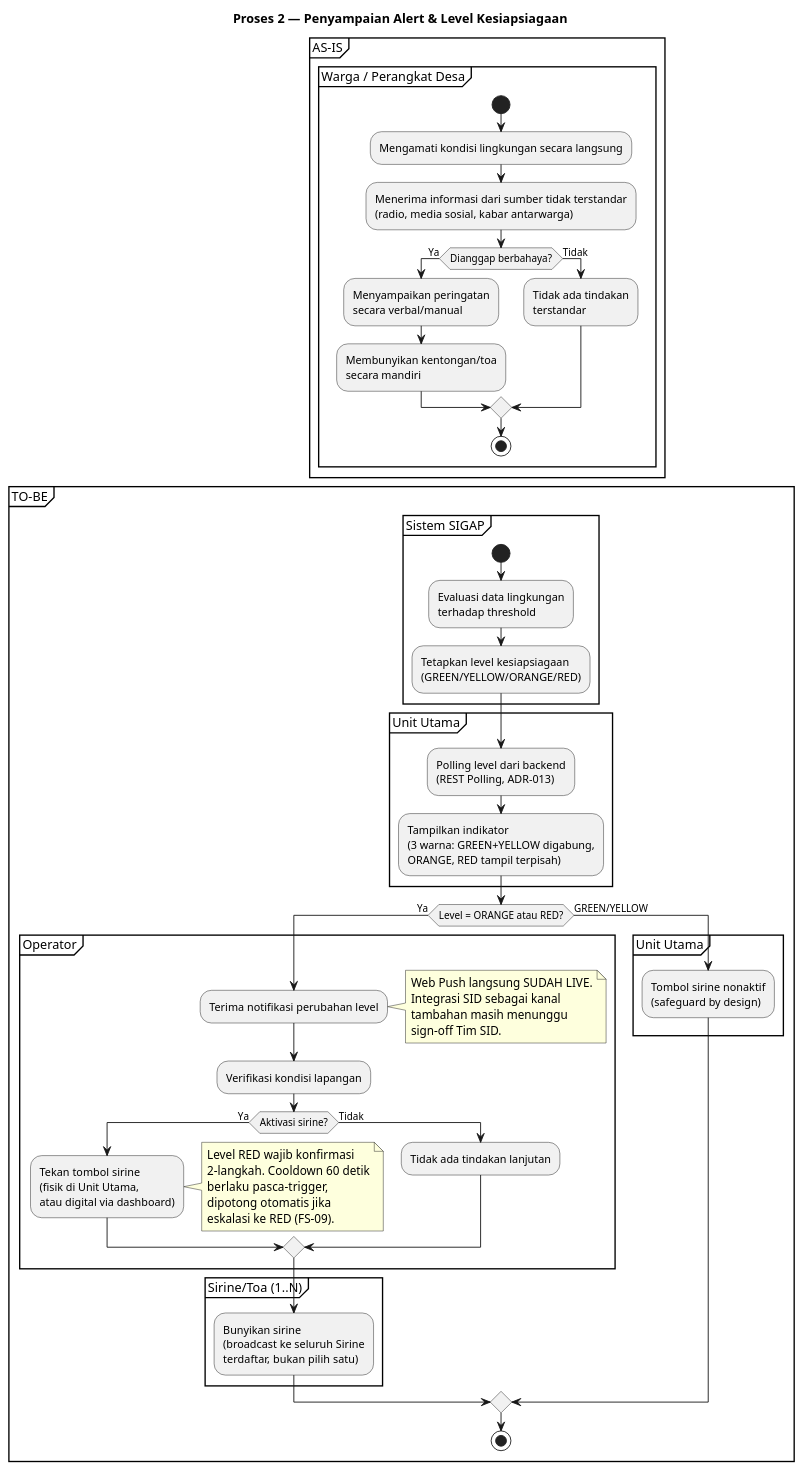
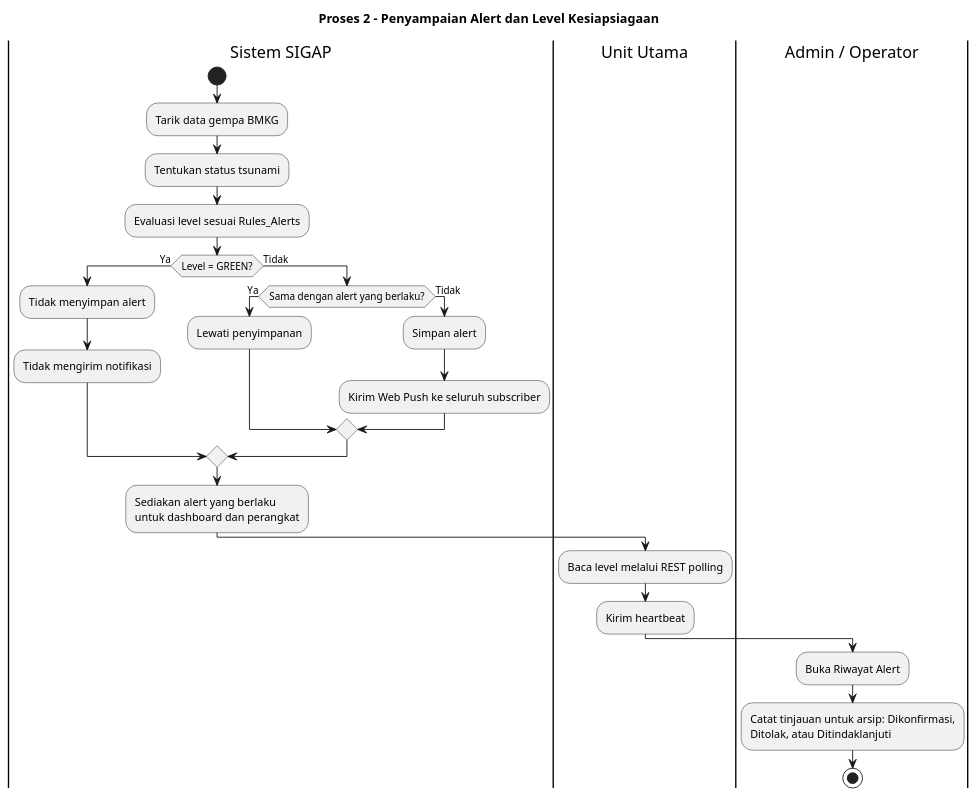
The diagram in docs/business/business_workflow/bw_alert_kesiapsiagaan.puml (Vextronode/sigap_app), drawn with PlantUML before and after one commit. The commit also changed 251 other files, not shown here.

First line of the commit message:
SIGAP v1.1.0 - Integrasi SIDUTama, Peta Offline, dan Penguatan Alert (#129)

```diff
--- a/docs/business/business_workflow/bw_alert_kesiapsiagaan.puml
+++ b/docs/business/business_workflow/bw_alert_kesiapsiagaan.puml
@@ -1,90 +1,33 @@
 @startuml bw_alert_kesiapsiagaan
-title Proses 2 — Penyampaian Alert & Level Kesiapsiagaan
+title Proses 2 - Penyampaian Alert dan Level Kesiapsiagaan
 
-' ============================
-' AS-IS
-' ============================
+|Sistem SIGAP|
+start
+:Tarik data gempa BMKG;
+:Tentukan status tsunami;
+:Evaluasi level sesuai Rules_Alerts;
 
-partition "AS-IS" {
+if (Level = GREEN?) then (Ya)
+    :Tidak menyimpan alert;
+    :Tidak mengirim notifikasi;
+else (Tidak)
+    if (Sama dengan alert yang berlaku?) then (Ya)
+        :Lewati penyimpanan;
+    else (Tidak)
+        :Simpan alert;
+        :Kirim Web Push ke seluruh subscriber;
+    endif
+endif
 
-    partition "Warga / Perangkat Desa" {
-        start
+:Sediakan alert yang berlaku\nuntuk dashboard dan perangkat;
 
-        :Mengamati kondisi lingkungan secara langsung;
-        :Menerima informasi dari sumber tidak terstandar\n(radio, media sosial, kabar antarwarga);
+|Unit Utama|
+:Baca level melalui REST polling;
+:Kirim heartbeat;
 
-        if (Dianggap berbahaya?) then (Ya)
-            :Menyampaikan peringatan\nsecara verbal/manual;
-            :Membunyikan kentongan/toa\nsecara mandiri;
-        else (Tidak)
-            :Tidak ada tindakan\nterstandar;
-        endif
-
-        stop
-    }
-
-}
-
-' ============================
-' TO-BE
-' ============================
-
-partition "TO-BE" {
-
-    partition "Sistem SIGAP" {
-        start
-
-        :Evaluasi data lingkungan\nterhadap threshold;
-        :Tetapkan level kesiapsiagaan\n(GREEN/YELLOW/ORANGE/RED);
-    }
-
-    partition "Unit Utama" {
-        :Polling level dari backend\n(REST Polling, ADR-013);
-        :Tampilkan indikator\n(3 warna: GREEN+YELLOW digabung,\nORANGE, RED tampil terpisah);
-    }
-
-    if (Level = ORANGE atau RED?) then (Ya)
-
-        partition "Operator" {
-
-            :Terima notifikasi perubahan level;
-
-            note right
-            Web Push langsung SUDAH LIVE.
-            Integrasi SID sebagai kanal
-            tambahan masih menunggu
-            sign-off Tim SID.
-            end note
-
-            :Verifikasi kondisi lapangan;
-
-            if (Aktivasi sirine?) then (Ya)
-                :Tekan tombol sirine\n(fisik di Unit Utama,\natau digital via dashboard);
-                note right
-                Level RED wajib konfirmasi
-                2-langkah. Cooldown 60 detik
-                berlaku pasca-trigger,
-                dipotong otomatis jika
-                eskalasi ke RED (FS-09).
-                end note
-            else (Tidak)
-                :Tidak ada tindakan lanjutan;
-            endif
-        }
-
-        partition "Sirine/Toa (1..N)" {
-            :Bunyikan sirine\n(broadcast ke seluruh Sirine\nterdaftar, bukan pilih satu);
-        }
-
-    else (GREEN/YELLOW)
-
-        partition "Unit Utama" {
-            :Tombol sirine nonaktif\n(safeguard by design);
-        }
-
-    endif
-
-    stop
-}
+|Admin / Operator|
+:Buka Riwayat Alert;
+:Catat tinjauan untuk arsip: Dikonfirmasi,\nDitolak, atau Ditindaklanjuti;
+stop
 
 @enduml
```
